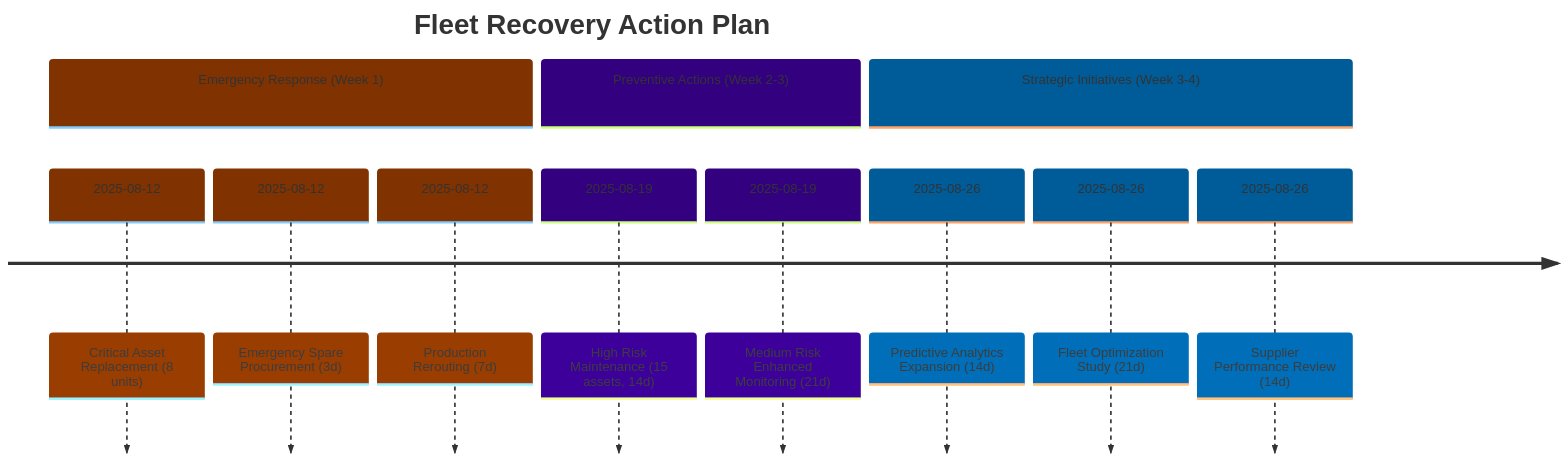
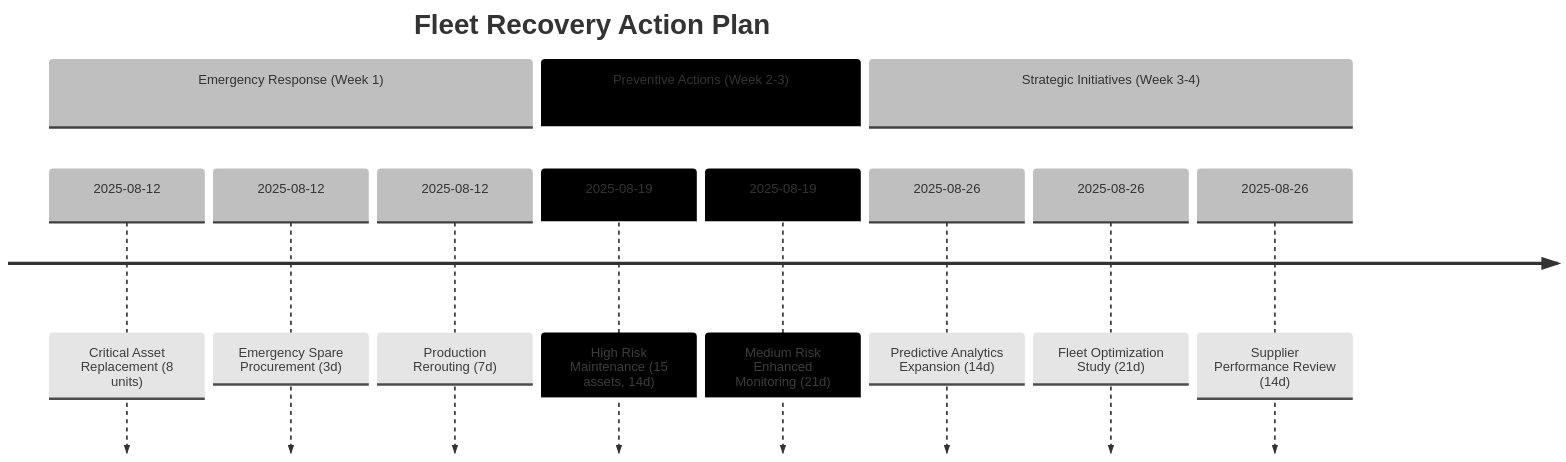
Before and after one commit to StephanieHepp/Risk-Assessment: the tenth of 10 diagrams in overview_risk_assessment_report_cip.md, drawn with Mermaid. The commit also changed other lines of this file, not shown here.

````diff
--- a/overview_risk_assessment_report_cip.md
+++ b/overview_risk_assessment_report_cip.md
@@ -251,19 +251,19 @@
 ```mermaid
-%%{init: {'theme':'base', 'themeVariables': {'primaryColor':'#ff6600'}}}%%
+%%{init: {'theme':'base', 'themeVariables': {'primaryColor':'#fff', 'secondaryColor':'#000'}}}%%
 timeline
     title Fleet Recovery Action Plan
 
     section Emergency Response (Week 1)
         2025-08-12 : Critical Asset Replacement (8 units)
         2025-08-12 : Emergency Spare Procurement (3d)
         2025-08-12 : Production Rerouting (7d)
 
     section Preventive Actions (Week 2-3)
         2025-08-19 : High Risk Maintenance (15 assets, 14d)
         2025-08-19 : Medium Risk Enhanced Monitoring (21d)
 
     section Strategic Initiatives (Week 3-4)
         2025-08-26 : Predictive Analytics Expansion (14d)
         2025-08-26 : Fleet Optimization Study (21d)
         2025-08-26 : Supplier Performance Review (14d)
 ```
````
